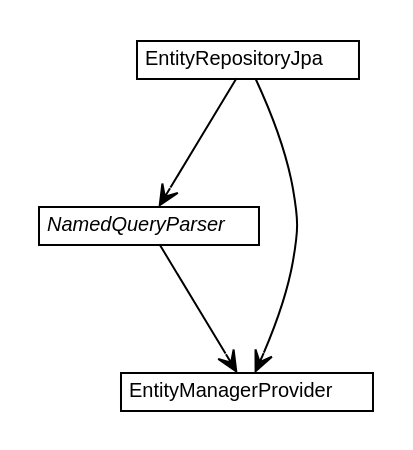
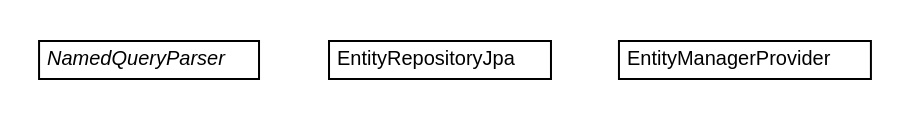
Before and after one commit to dayatang/dddlib: the diagram in dddlib-persistence/dddlib-persistence-jpa/apidocs/org/dayatang/persistence/jpa/org.dayatang.persistence.jpa.dot, drawn with Graphviz. The commit also changed 144 other files, not shown here.

```diff
--- a/dddlib-persistence/dddlib-persistence-jpa/apidocs/org/dayatang/persistence/jpa/org.dayatang.persistence.jpa.dot
+++ b/dddlib-persistence/dddlib-persistence-jpa/apidocs/org/dayatang/persistence/jpa/org.dayatang.persistence.jpa.dot
@@ -1,36 +1,30 @@
 #!/usr/local/bin/dot
 #
 # Class diagram 
 # Generated by UMLGraph version R5_6_6-8-g8d7759 (http://www.umlgraph.org/)
 #
 
 digraph G {
 	edge [fontname="Helvetica",fontsize=10,labelfontname="Helvetica",labelfontsize=10];
 	node [fontname="Helvetica",fontsize=10,shape=plaintext];
 	nodesep=0.25;
 	ranksep=0.5;
 	// org.dayatang.persistence.jpa.NamedQueryParser
 	c0 [label=<<table title="org.dayatang.persistence.jpa.NamedQueryParser" border="0" cellborder="1" cellspacing="0" cellpadding="2" port="p" href="./NamedQueryParser.html">
 		<tr><td><table border="0" cellspacing="0" cellpadding="1">
 <tr><td align="center" balign="center"><font face="Helvetica-Oblique"> NamedQueryParser </font></td></tr>
 		</table></td></tr>
 		</table>>, URL="./NamedQueryParser.html", fontname="Helvetica", fontcolor="black", fontsize=10.0];
 	// org.dayatang.persistence.jpa.EntityRepositoryJpa
 	c1 [label=<<table title="org.dayatang.persistence.jpa.EntityRepositoryJpa" border="0" cellborder="1" cellspacing="0" cellpadding="2" port="p" href="./EntityRepositoryJpa.html">
 		<tr><td><table border="0" cellspacing="0" cellpadding="1">
 <tr><td align="center" balign="center"> EntityRepositoryJpa </td></tr>
 		</table></td></tr>
 		</table>>, URL="./EntityRepositoryJpa.html", fontname="Helvetica", fontcolor="black", fontsize=10.0];
 	// org.dayatang.persistence.jpa.EntityManagerProvider
 	c2 [label=<<table title="org.dayatang.persistence.jpa.EntityManagerProvider" border="0" cellborder="1" cellspacing="0" cellpadding="2" port="p" href="./EntityManagerProvider.html">
 		<tr><td><table border="0" cellspacing="0" cellpadding="1">
 <tr><td align="center" balign="center"> EntityManagerProvider </td></tr>
 		</table></td></tr>
 		</table>>, URL="./EntityManagerProvider.html", fontname="Helvetica", fontcolor="black", fontsize=10.0];
-	// org.dayatang.persistence.jpa.NamedQueryParser NAVASSOC org.dayatang.persistence.jpa.EntityManagerProvider
-	c0:p -> c2:p [taillabel="", label=" "headlabel="", fontname="Helvetica", fontcolor="black", fontsize=10.0, color="black", arrowhead=open];
-	// org.dayatang.persistence.jpa.EntityRepositoryJpa NAVASSOC org.dayatang.persistence.jpa.NamedQueryParser
-	c1:p -> c0:p [taillabel="", label=" "headlabel="", fontname="Helvetica", fontcolor="black", fontsize=10.0, color="black", arrowhead=open];
-	// org.dayatang.persistence.jpa.EntityRepositoryJpa NAVASSOC org.dayatang.persistence.jpa.EntityManagerProvider
-	c1:p -> c2:p [taillabel="", label=" "headlabel="", fontname="Helvetica", fontcolor="black", fontsize=10.0, color="black", arrowhead=open];
 }
```
